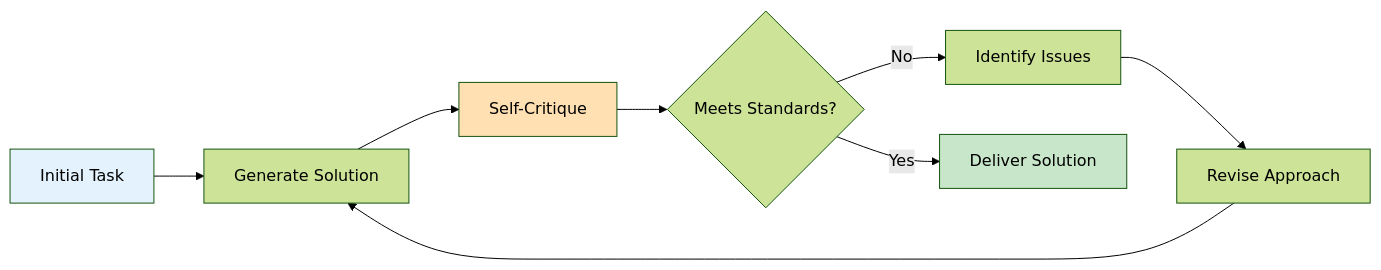
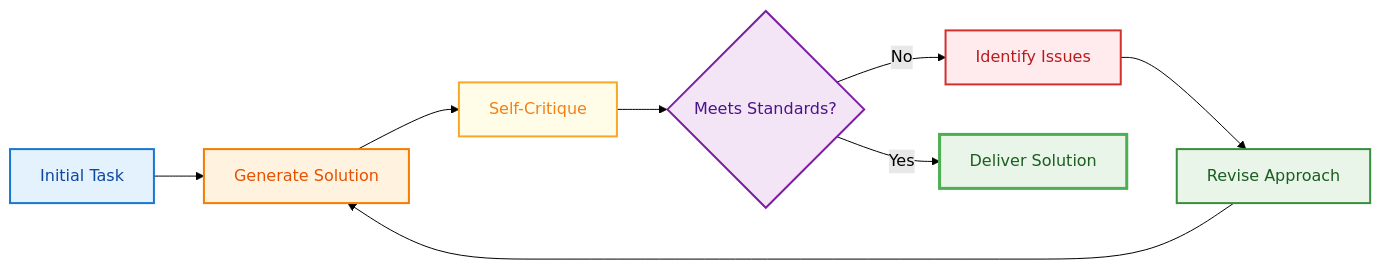
The first of 21 diagrams in 34_agentic_ai_design_patterns.md (raphaelmansuy/tutorials), drawn with Mermaid (forest theme) before and after one commit. The commit also changed other lines of this file, not shown here.

````diff
--- a/34_agentic_ai_design_patterns.md
+++ b/34_agentic_ai_design_patterns.md
@@ -25,14 +25,18 @@
 ```mermaid
-graph LR
+flowchart LR
     A[Initial Task] --> B[Generate Solution]
     B --> C[Self-Critique]
     C --> D{Meets Standards?}
     D -->|No| E[Identify Issues]
     E --> F[Revise Approach]
     F --> B
     D -->|Yes| G[Deliver Solution]
 
-    style A fill:#e3f2fd
-    style G fill:#c8e6c9
-    style C fill:#ffe0b2
+    style A fill:#E3F2FD,stroke:#1976D2,stroke-width:2px,color:#0D47A1
+    style B fill:#FFF3E0,stroke:#F57C00,stroke-width:2px,color:#E65100
+    style C fill:#FFFDE7,stroke:#F9A825,stroke-width:2px,color:#F57F17
+    style D fill:#F3E5F5,stroke:#7B1FA2,stroke-width:2px,color:#4A148C
+    style E fill:#FFEBEE,stroke:#D32F2F,stroke-width:2px,color:#B71C1C
+    style F fill:#E8F5E8,stroke:#388E3C,stroke-width:2px,color:#1B5E20
+    style G fill:#E8F5E8,stroke:#4CAF50,stroke-width:3px,color:#1B5E20
 ```
````
